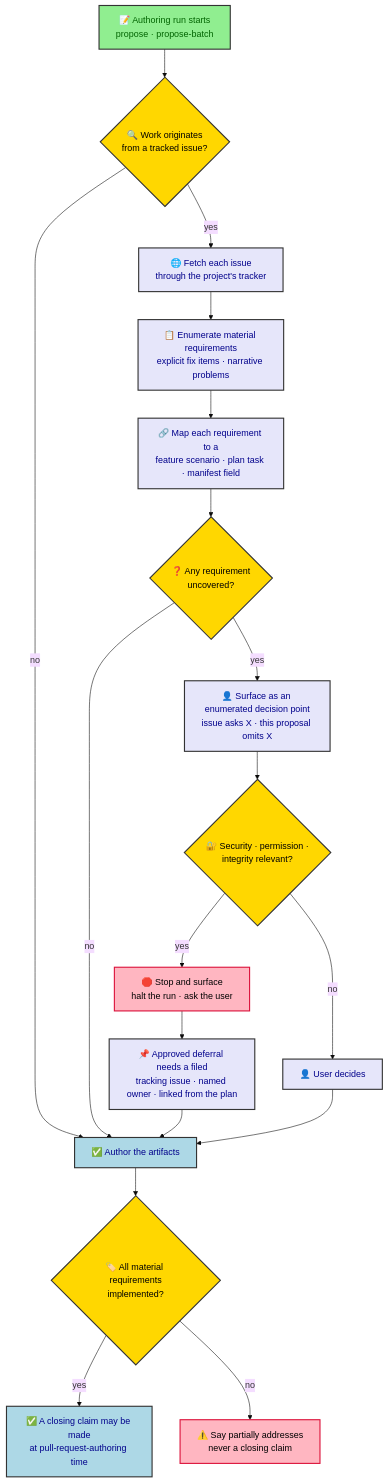
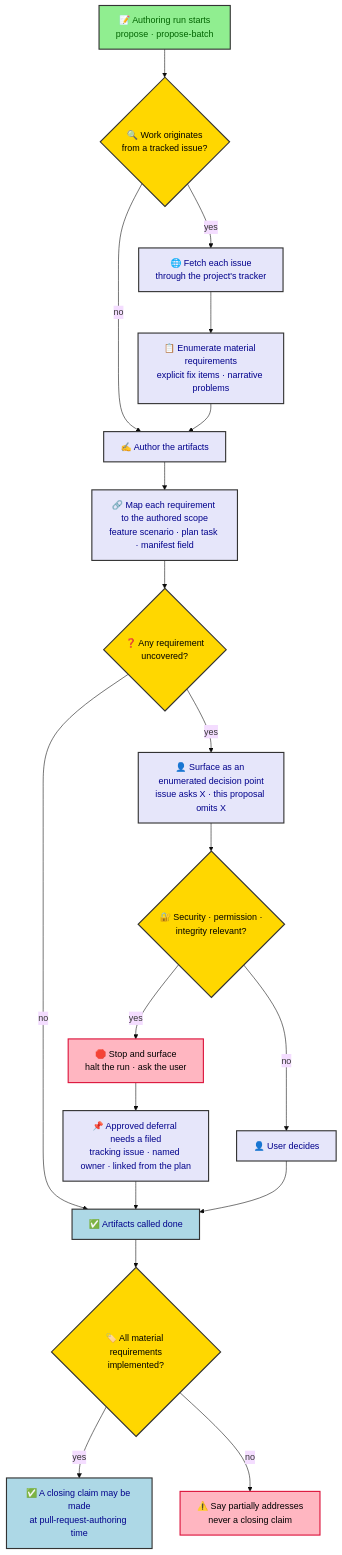
The diagram in docs/configuration/generated-artifacts.md (joctaTorres/ratchet), drawn with Mermaid (base theme) before and after one commit. The commit also changed other lines of this file and 16 other files, not shown here.

````diff
--- a/docs/configuration/generated-artifacts.md
+++ b/docs/configuration/generated-artifacts.md
@@ -133,48 +133,50 @@
 ```mermaid
 flowchart TD
     A[📝 Authoring run starts<br/>propose · propose-batch]
     B{🔍 Work originates<br/>from a tracked issue?}
     C[🌐 Fetch each issue<br/>through the project's tracker]
     D[📋 Enumerate material requirements<br/>explicit fix items · narrative problems]
-    E[🔗 Map each requirement to a<br/>feature scenario · plan task · manifest field]
+    W[✍️ Author the artifacts]
+    E[🔗 Map each requirement to the authored scope<br/>feature scenario · plan task · manifest field]
     F{❓ Any requirement<br/>uncovered?}
     G[👤 Surface as an enumerated decision point<br/>issue asks X · this proposal omits X]
     H{🔐 Security · permission ·<br/>integrity relevant?}
     I[🛑 Stop and surface<br/>halt the run · ask the user]
     J[👤 User decides]
     K[📌 Approved deferral needs a filed<br/>tracking issue · named owner · linked from the plan]
-    Z[✅ Author the artifacts]
+    Z[✅ Artifacts called done]
     L{🏷️ All material requirements<br/>implemented?}
     M[✅ A closing claim may be made<br/>at pull-request-authoring time]
     N[⚠️ Say partially addresses<br/>never a closing claim]
 
     A --> B
-    B -- no --> Z
+    B -- no --> W
     B -- yes --> C
     C --> D
-    D --> E
+    D --> W
+    W --> E
     E --> F
     F -- no --> Z
     F -- yes --> G
     G --> H
     H -- yes --> I
     H -- no --> J
     I --> K
     K --> Z
     J --> Z
     Z --> L
     L -- yes --> M
     L -- no --> N
 
     classDef entry fill:#90EE90,stroke:#333,stroke-width:2px,color:darkgreen
     classDef step  fill:#E6E6FA,stroke:#333,stroke-width:2px,color:darkblue
     classDef gate  fill:#FFD700,stroke:#333,stroke-width:2px,color:black
     classDef halt  fill:#FFB6C1,stroke:#DC143C,stroke-width:2px,color:black
     classDef done  fill:#ADD8E6,stroke:#333,stroke-width:2px,color:darkblue
 
     class A entry
-    class C,D,E,G,J,K step
+    class C,D,W,E,G,J,K step
     class B,F,H,L gate
     class I,N halt
     class Z,M done
 ```
````
